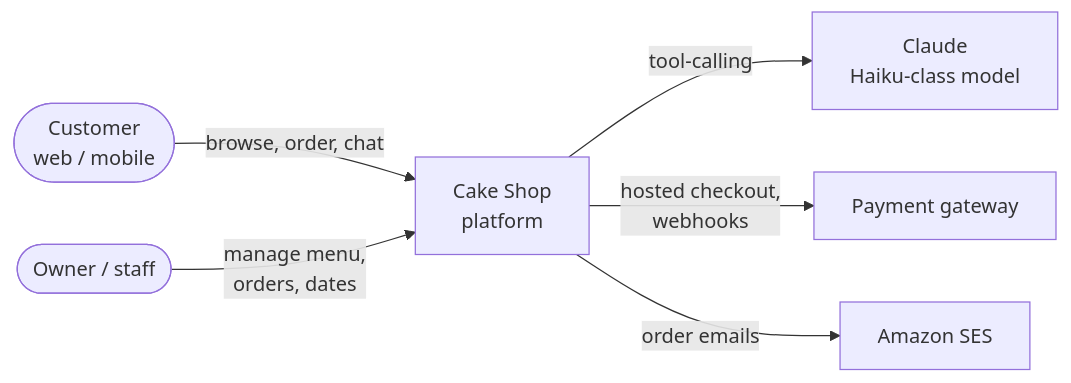
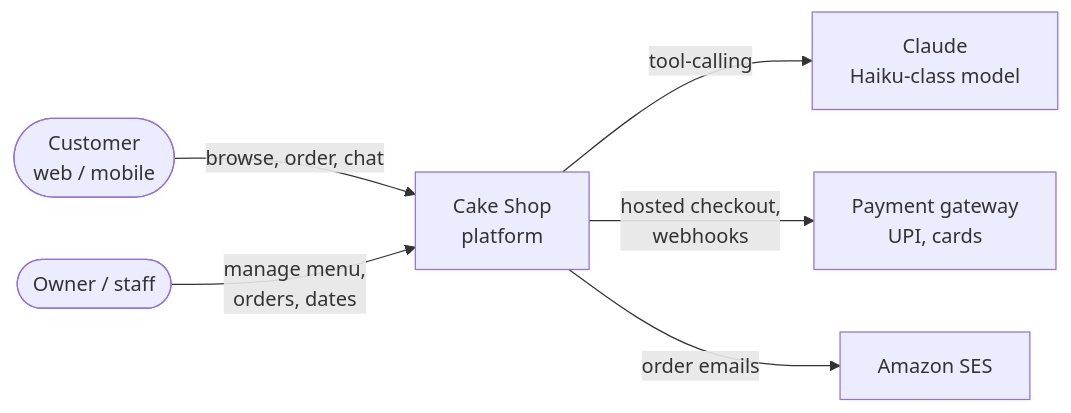
The first of 5 diagrams in docs/architecture/README.md (RisheDubs/cake-shop), drawn with Mermaid before and after one commit. The commit also changed other lines of this file and 20 other files, not shown here.

````diff
--- a/docs/architecture/README.md
+++ b/docs/architecture/README.md
@@ -18,8 +19,8 @@
 ```mermaid
 flowchart LR
   C([Customer<br/>web / mobile]) -->|browse, order, chat| SYS[Cake Shop<br/>platform]
   O([Owner / staff]) -->|manage menu,<br/>orders, dates| SYS
   SYS -->|tool-calling| AI[Claude<br/>Haiku-class model]
-  SYS -->|hosted checkout,<br/>webhooks| PAY[Payment gateway]
+  SYS -->|hosted checkout,<br/>webhooks| PAY[Payment gateway<br/>UPI, cards]
   SYS -->|order emails| MAIL[Amazon SES]
 ```
````
